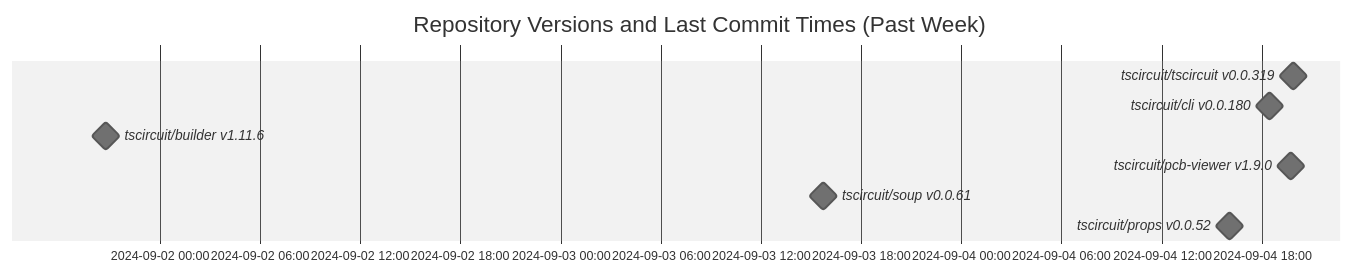
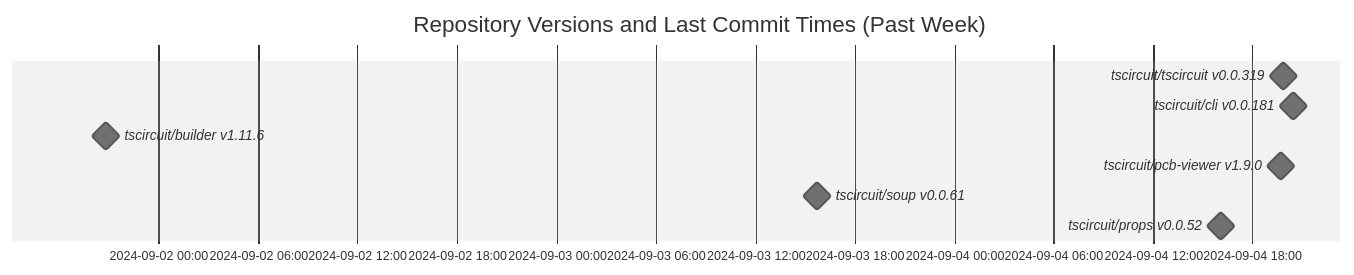
The diagram in README.md (tscircuit/version-tracker), drawn with Mermaid (neutral theme) before and after one commit.

Commit message:
Update chart

````diff
--- a/README.md
+++ b/README.md
@@ -1,13 +1,13 @@
 ```mermaid
 gantt
   dateFormat  YYYY-MM-DD HH:mm:ss
   title Repository Versions and Last Commit Times (Past Week)
   axisFormat %Y-%m-%d %H:%M
 
   tscircuit/tscircuit v0.0.319 : milestone, 2024-09-04 19:52:54, 1s
-  tscircuit/cli v0.0.180 : milestone, 2024-09-04 18:26:00, 1s
+  tscircuit/cli v0.0.181 : milestone, 2024-09-04 20:28:40, 1s
   tscircuit/builder v1.11.6 : milestone, 2024-09-01 20:47:46, 1s
   tscircuit/pcb-viewer v1.9.0 : milestone, 2024-09-04 19:45:38, 1s
   tscircuit/soup v0.0.61 : milestone, 2024-09-03 15:44:43, 1s
   tscircuit/props v0.0.52 : milestone, 2024-09-04 16:05:55, 1s
 ```
````
